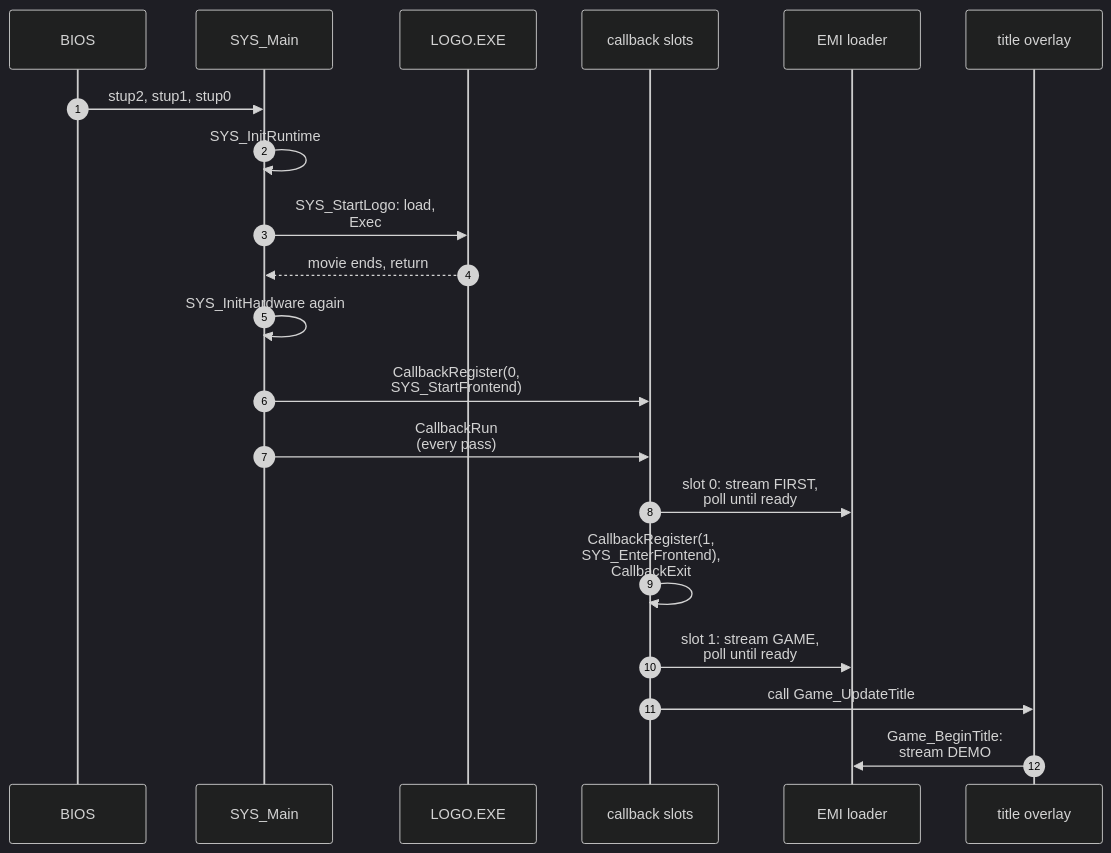
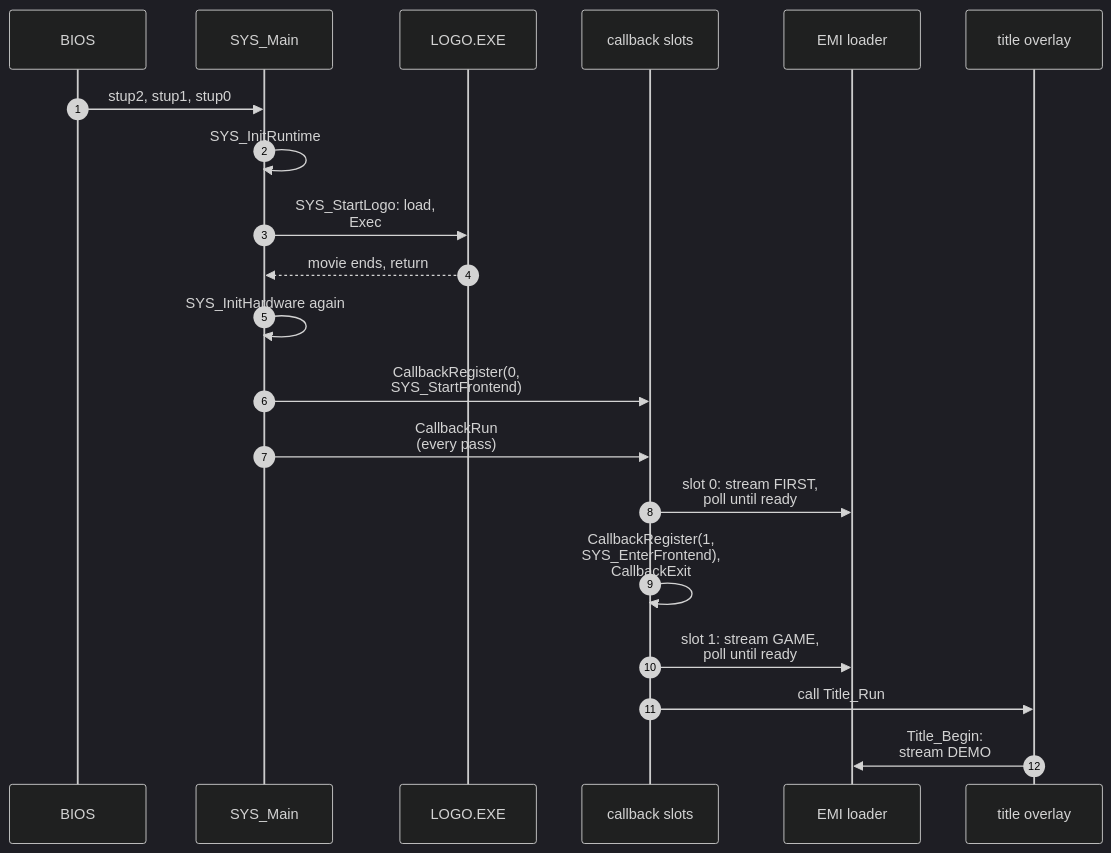
One commit to raulcorreia7/bof3-wiki changed the diagram in src/content/docs/systems/boot.md. Above: the diagram before and after it, drawn with Mermaid (dark theme). The commit also changed other lines of this file and 34 other files, not shown here.

````diff
--- a/src/content/docs/systems/boot.md
+++ b/src/content/docs/systems/boot.md
@@ -79,23 +79,23 @@
 ```mermaid
 sequenceDiagram
     autonumber
     participant B as BIOS
     participant M as SYS_Main
     participant L as LOGO.EXE
     participant S as callback slots
     participant E as EMI loader
     participant T as title overlay
 
     B->>M: stup2, stup1, stup0
     M->>M: SYS_InitRuntime
     M->>L: SYS_StartLogo: load,<br/>Exec
     L-->>M: movie ends, return
     M->>M: SYS_InitHardware again
     M->>S: CallbackRegister(0,<br/>SYS_StartFrontend)
     M->>S: CallbackRun<br/>(every pass)
     S->>E: slot 0: stream FIRST,<br/>poll until ready
     S->>S: CallbackRegister(1,<br/>SYS_EnterFrontend),<br/>CallbackExit
     S->>E: slot 1: stream GAME,<br/>poll until ready
-    S->>T: call Game_UpdateTitle
-    T->>E: Game_BeginTitle:<br/>stream DEMO
+    S->>T: call Title_Run
+    T->>E: Title_Begin:<br/>stream DEMO
 ```
````
